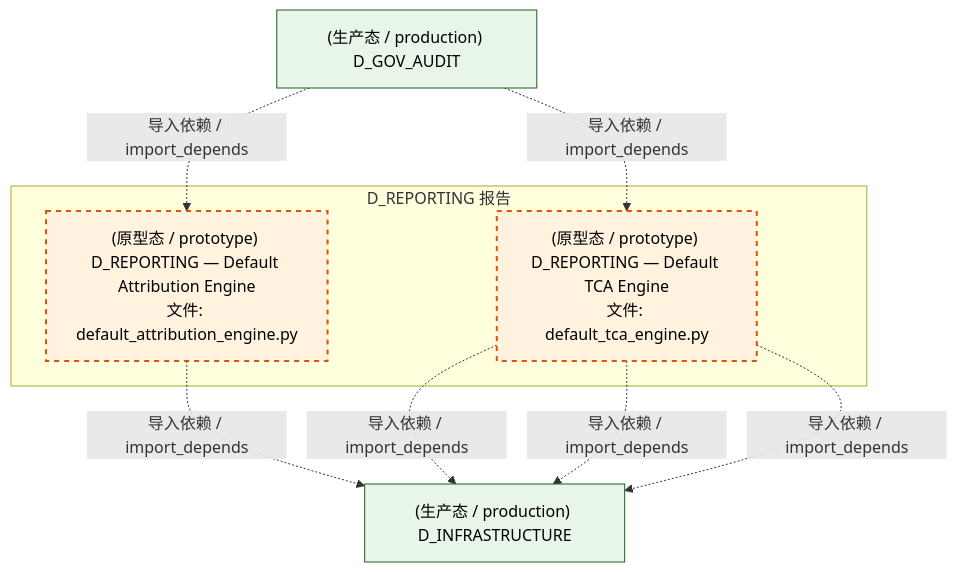
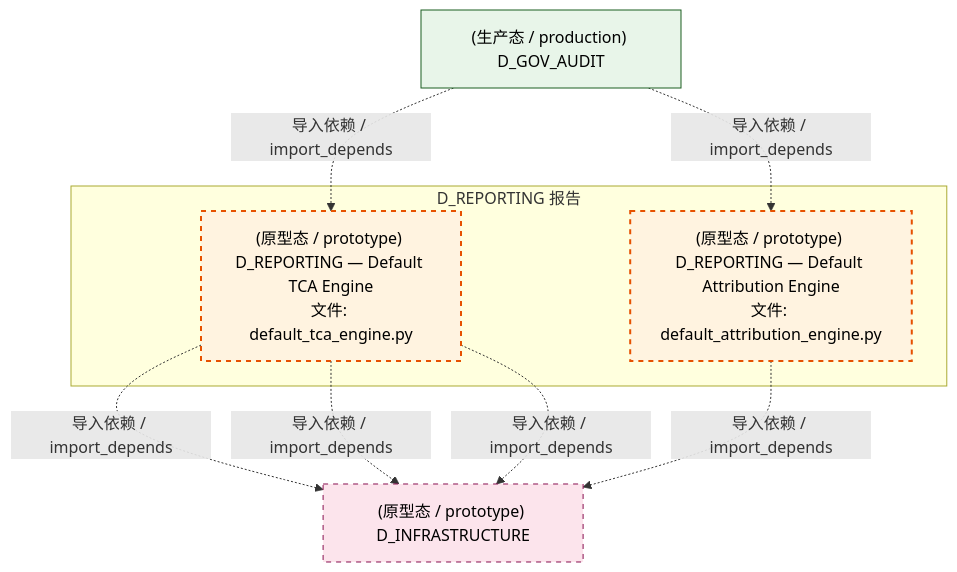
Before and after one commit to xuanFelixVan/ZephyrAlpha: the third of 4 diagrams in docs/02_enterprise_architecture/02_domain_architecture_docs/23_d_reporting.md, drawn with Mermaid. The commit also changed 97 other files, not shown here.

````diff
--- a/docs/02_enterprise_architecture/02_domain_architecture_docs/23_d_reporting.md
+++ b/docs/02_enterprise_architecture/02_domain_architecture_docs/23_d_reporting.md
@@ -132,21 +132,22 @@
 ```mermaid
 graph TD
     subgraph D_REPORTING["D_REPORTING 报告"]
         src_zephyr_reporting_default_attribution_engine_py["(原型态 / prototype) D_REPORTING — Default Attribution Engine<br/>文件: default_attribution_engine.py"]
         src_zephyr_reporting_default_tca_engine_py["(原型态 / prototype) D_REPORTING — Default TCA Engine<br/>文件: default_tca_engine.py"]
     end
-    D_INFRASTRUCTURE["(生产态 / production) D_INFRASTRUCTURE"]
-    src_zephyr_reporting_default_attribution_engine_py -.->|导入依赖 / import_depends| D_INFRASTRUCTURE
+    D_INFRASTRUCTURE["(原型态 / prototype) D_INFRASTRUCTURE"]
     src_zephyr_reporting_default_tca_engine_py -.->|导入依赖 / import_depends| D_INFRASTRUCTURE
     src_zephyr_reporting_default_tca_engine_py -.->|导入依赖 / import_depends| D_INFRASTRUCTURE
     src_zephyr_reporting_default_tca_engine_py -.->|导入依赖 / import_depends| D_INFRASTRUCTURE
+    src_zephyr_reporting_default_attribution_engine_py -.->|导入依赖 / import_depends| D_INFRASTRUCTURE
     D_GOV_AUDIT["(生产态 / production) D_GOV_AUDIT"]
     D_GOV_AUDIT -.->|导入依赖 / import_depends| src_zephyr_reporting_default_tca_engine_py
     D_GOV_AUDIT -.->|导入依赖 / import_depends| src_zephyr_reporting_default_attribution_engine_py
     classDef production fill:#e1f5fe,stroke:#01579b,stroke-width:2px,color:#000
     classDef design fill:#fff3e0,stroke:#e65100,stroke-width:2px,color:#000,stroke-dasharray: 5 5
     classDef external_prod fill:#e8f5e9,stroke:#1b5e20,stroke-width:1px,color:#000
     classDef external_design fill:#fce4ec,stroke:#880e4f,stroke-width:1px,color:#000,stroke-dasharray: 5 5
     class src_zephyr_reporting_default_attribution_engine_py,src_zephyr_reporting_default_tca_engine_py design
-    class D_INFRASTRUCTURE,D_GOV_AUDIT external_prod
+    class D_GOV_AUDIT external_prod
+    class D_INFRASTRUCTURE external_design
 ```
````
